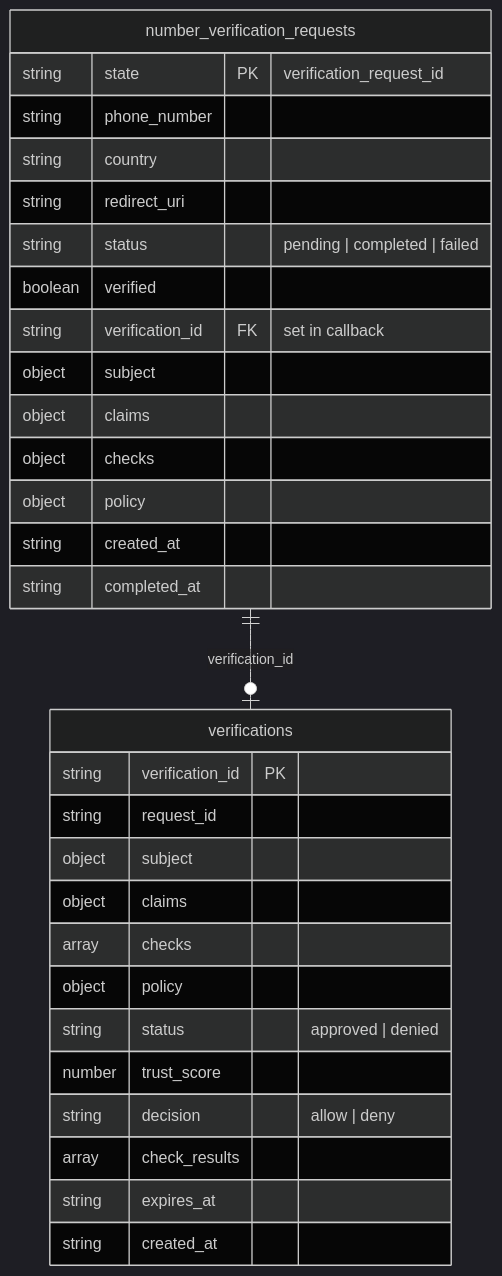
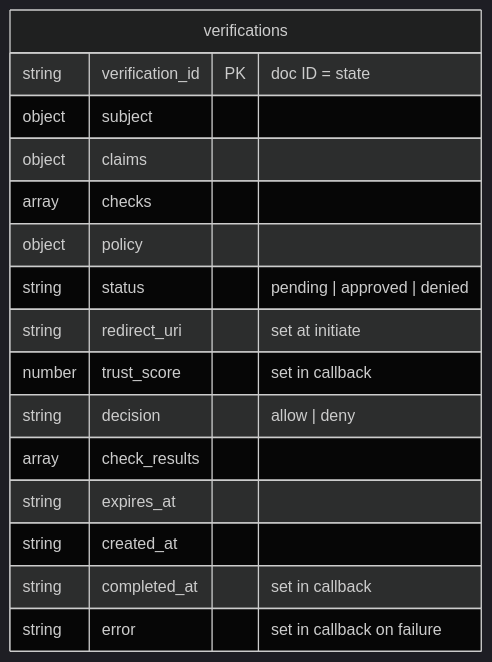
One commit to rtewierik/trustgate changed the third of 4 diagrams in docs/ARCHITECTURE.md. Above: the diagram before and after it, drawn with Mermaid (dark theme). The commit also changed other lines of this file and 10 other files, not shown here.

Commit message:
feat: Work with only one Firestore collection, remove request_id, and update verification query page.

````diff
--- a/docs/ARCHITECTURE.md
+++ b/docs/ARCHITECTURE.md
@@ -91,35 +92,19 @@
 ```mermaid
 erDiagram
-  number_verification_requests {
-    string state PK "verification_request_id"
-    string phone_number
-    string country
-    string redirect_uri
-    string status "pending | completed | failed"
-    boolean verified
-    string verification_id FK "set in callback"
-    object subject
-    object claims
-    object checks
-    object policy
-    string created_at
-    string completed_at
-  }
-
   verifications {
-    string verification_id PK
-    string request_id
+    string verification_id PK "doc ID = state"
     object subject
     object claims
     array checks
     object policy
-    string status "approved | denied"
-    number trust_score
+    string status "pending | approved | denied"
+    string redirect_uri "set at initiate"
+    number trust_score "set in callback"
     string decision "allow | deny"
     array check_results
     string expires_at
     string created_at
+    string completed_at "set in callback"
+    string error "set in callback on failure"
   }
-
-  number_verification_requests ||--o| verifications : "verification_id"
 ```
````
